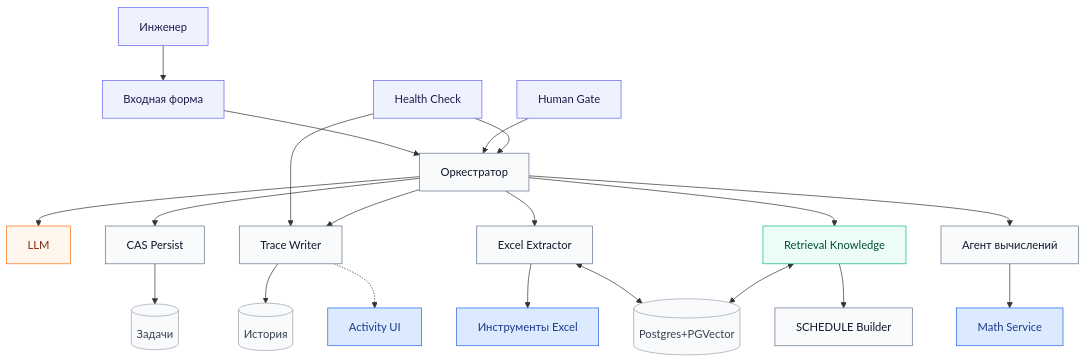
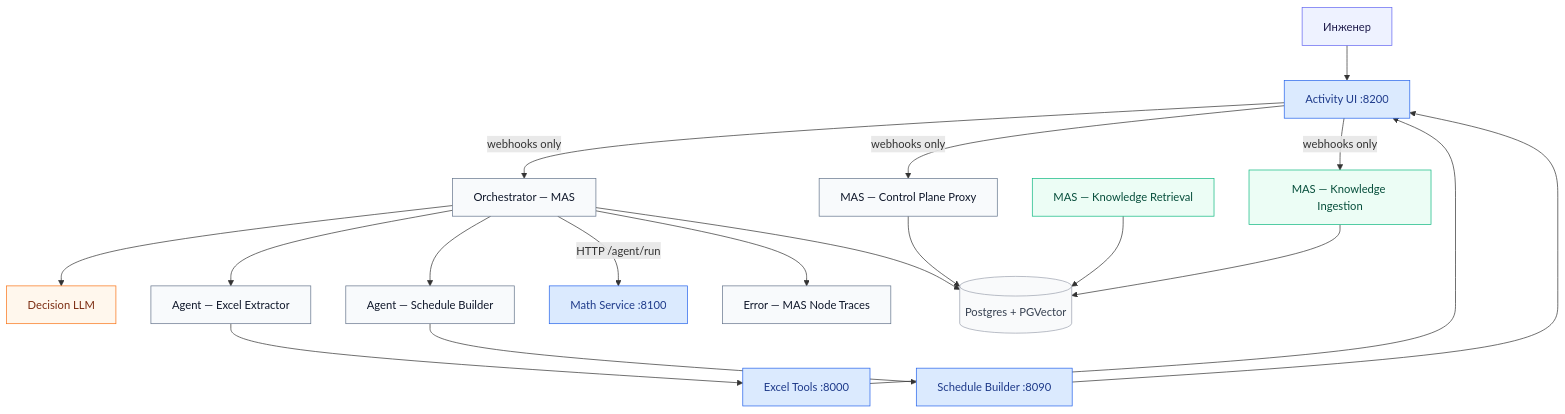
Before and after one commit to lun1tunes/omegalul: the diagram in docs.md, drawn with Mermaid. The commit also changed other lines of this file and 51 other files, not shown here.

````diff
--- a/docs.md
+++ b/docs.md
@@ -51,42 +41,40 @@
 ```mermaid
 flowchart TB
   classDef entry fill:#eef2ff,stroke:#6366f1,color:#1e1b4b
   classDef box fill:#f8fafc,stroke:#64748b,color:#0f172a
   classDef llm fill:#fff7ed,stroke:#f97316,color:#7c2d12
   classDef rag fill:#ecfdf5,stroke:#10b981,color:#064e3b
   classDef svc fill:#dbeafe,stroke:#2563eb,color:#1e3a8a
   classDef data fill:#f9fafb,stroke:#9ca3af,color:#374151
 
   User[Инженер]:::entry
-  Entry[Входная форма]:::entry
-  Gate[Human Gate]:::entry
-  Health[Health Check]:::entry
-  Orch[Оркестратор]:::box
-  OrchLLM[LLM]:::llm
-  CasPersist[CAS Persist]:::box
-  TaskDT[(Задачи)]:::data
-  Trace[Trace Writer]:::box
-  TraceDT[(История)]:::data
-  Activity[Activity UI]:::svc
-  ExcelAgent[Excel Extractor]:::box
-  ExcelTools[Инструменты Excel]:::svc
-  SRetr[Retrieval Knowledge]:::rag
-  SBuilder[SCHEDULE Builder]:::box
-  CalcAgent[Агент вычислений]:::box
-  MathSvc[Math Service]:::svc
-  Pg[(Postgres+PGVector)]:::data
+  Activity[Activity UI :8200]:::svc
+  Orch[Orchestrator — MAS]:::box
+  OrchLLM[Decision LLM]:::llm
+  Proxy[MAS — Control Plane Proxy]:::box
+  ExcelAgent[Agent — Excel Extractor]:::box
+  ExcelTools[Excel Tools :8000]:::svc
+  SchedAgent[Agent — Schedule Builder]:::box
+  SchedSvc[Schedule Builder :8090]:::svc
+  MathSvc[Math Service :8100]:::svc
+  Retr[MAS — Knowledge Retrieval]:::rag
+  Ingest[MAS — Knowledge Ingestion]:::rag
+  Err[Error — MAS Node Traces]:::box
+  Pg[(Postgres + PGVector)]:::data
 
-  User --> Entry --> Orch
-  Gate --> Orch
-  Health --> Orch
-  Health --> Trace
+  User --> Activity
+  Activity -->|"webhooks only"| Orch
+  Activity -->|"webhooks only"| Proxy
+  Activity -->|"webhooks only"| Ingest
   Orch --> OrchLLM
-  Orch --> CasPersist --> TaskDT
-  Orch --> Trace --> TraceDT
-  Trace -.-> Activity
   Orch --> ExcelAgent --> ExcelTools
-  Orch --> SRetr --> SBuilder
-  Orch --> CalcAgent --> MathSvc
-  ExcelAgent <--> Pg
-  SRetr <--> Pg
+  Orch --> SchedAgent --> SchedSvc
+  Orch -->|"HTTP /agent/run"| MathSvc
+  Orch --> Err
+  ExcelTools --> Activity
+  SchedSvc --> Activity
+  Proxy --> Pg
+  Orch --> Pg
+  Retr --> Pg
+  Ingest --> Pg
 ```
````
